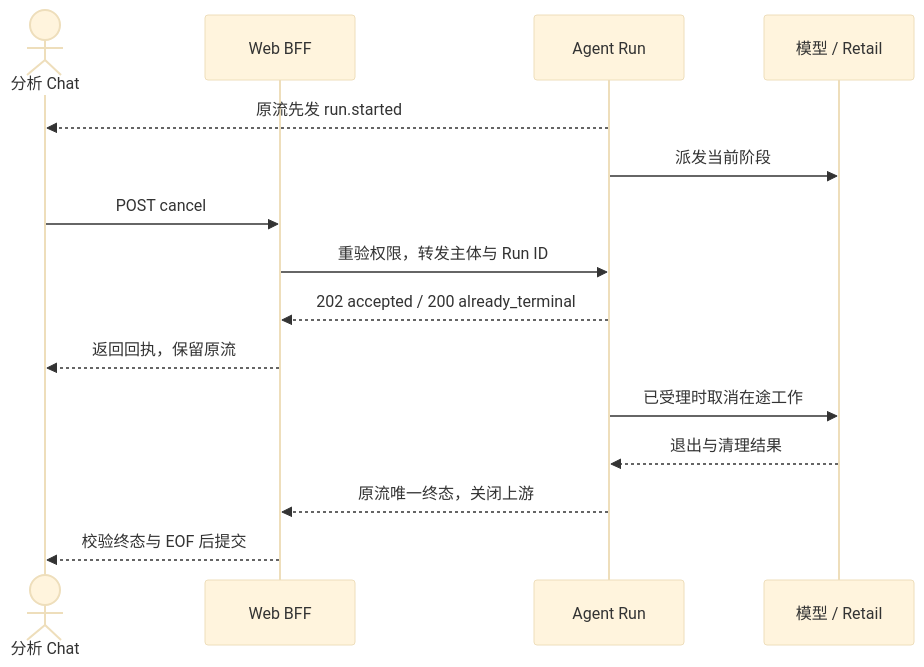
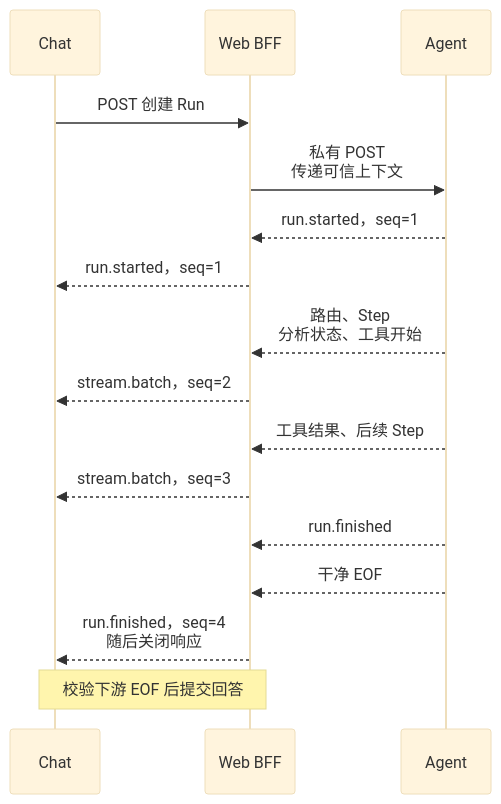
One commit to RuiLu007/compass changed the seventh of 7 diagrams in mai-specs/989-lesson-15-agent-execution-kernel/design/TECH_DESIGN.md. Above: the diagram before and after it, drawn with Mermaid (base theme). The commit also changed other lines of this file and 607 other files, not shown here.

````diff
--- a/mai-specs/989-lesson-15-agent-execution-kernel/design/TECH_DESIGN.md
+++ b/mai-specs/989-lesson-15-agent-execution-kernel/design/TECH_DESIGN.md
@@ -264,17 +390,20 @@
-```mermaid
+```mermaid Agent、BFF 与 Chat 流式时序
 sequenceDiagram
-    actor U as 分析 Chat
+    accTitle: Agent、BFF 与 Chat 流式时序
+    %%{init: {"sequence": {"actorMargin": 32, "width": 90, "messageFontSize": 14, "noteFontSize": 14, "wrap": true}} }%%
+    participant C as Chat
     participant B as Web BFF
-    participant A as Agent Run
-    participant X as 模型 / Retail
-    A-->>U: 原流先发 run.started
-    A->>X: 派发当前阶段
-    U->>B: POST cancel
-    B->>A: 重验权限，转发主体与 Run ID
-    A-->>B: 202 accepted / 200 already_terminal
-    B-->>U: 返回回执，保留原流
-    A->>X: 已受理时取消在途工作
-    X-->>A: 退出与清理结果
-    A-->>B: 原流唯一终态，关闭上游
-    B-->>U: 校验终态与 EOF 后提交
+    participant A as Agent
+    C->>B: POST 创建 Run
+    B->>A: 私有 POST<br/>传递可信上下文
+    A-->>B: run.started，seq=1
+    B-->>C: run.started，seq=1
+    A-->>B: 路由、Step<br/>分析状态、工具开始
+    B-->>C: stream.batch，seq=2
+    A-->>B: 工具结果、后续 Step
+    B-->>C: stream.batch，seq=3
+    A-->>B: run.finished
+    A-->>B: 干净 EOF
+    B-->>C: run.finished，seq=4<br/>随后关闭响应
+    Note over C,B: 校验下游 EOF 后提交回答
 ```
````
